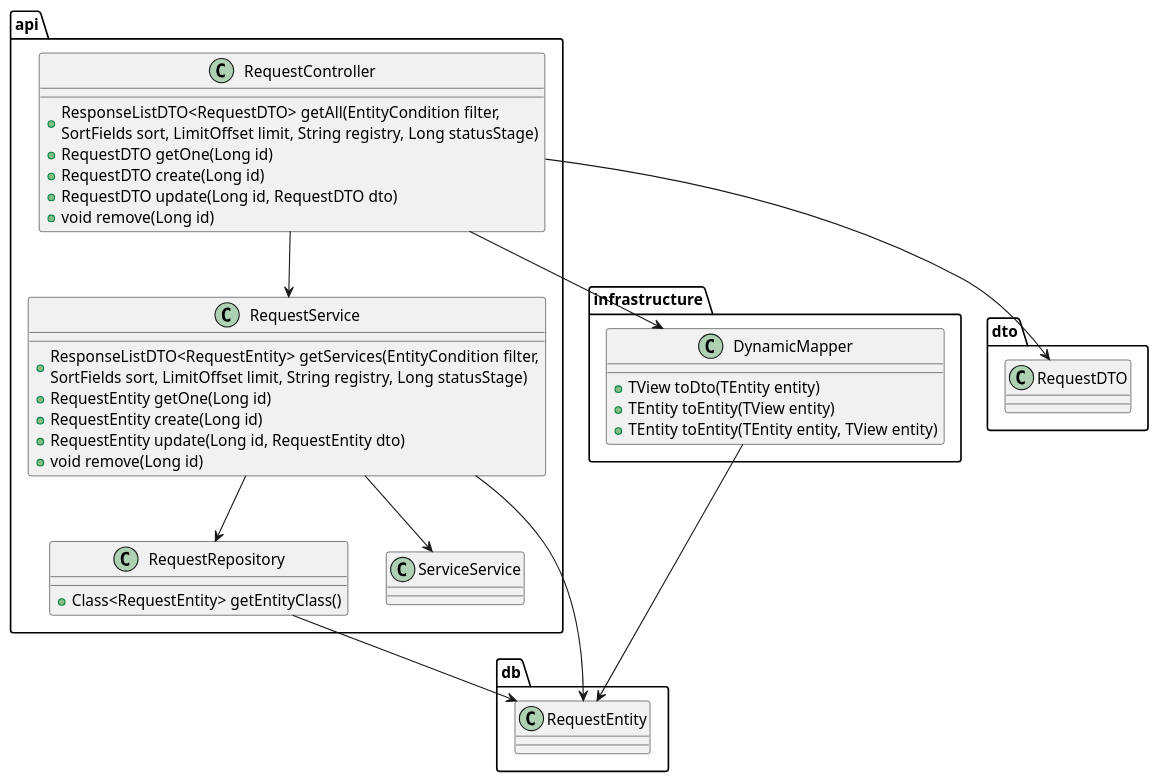
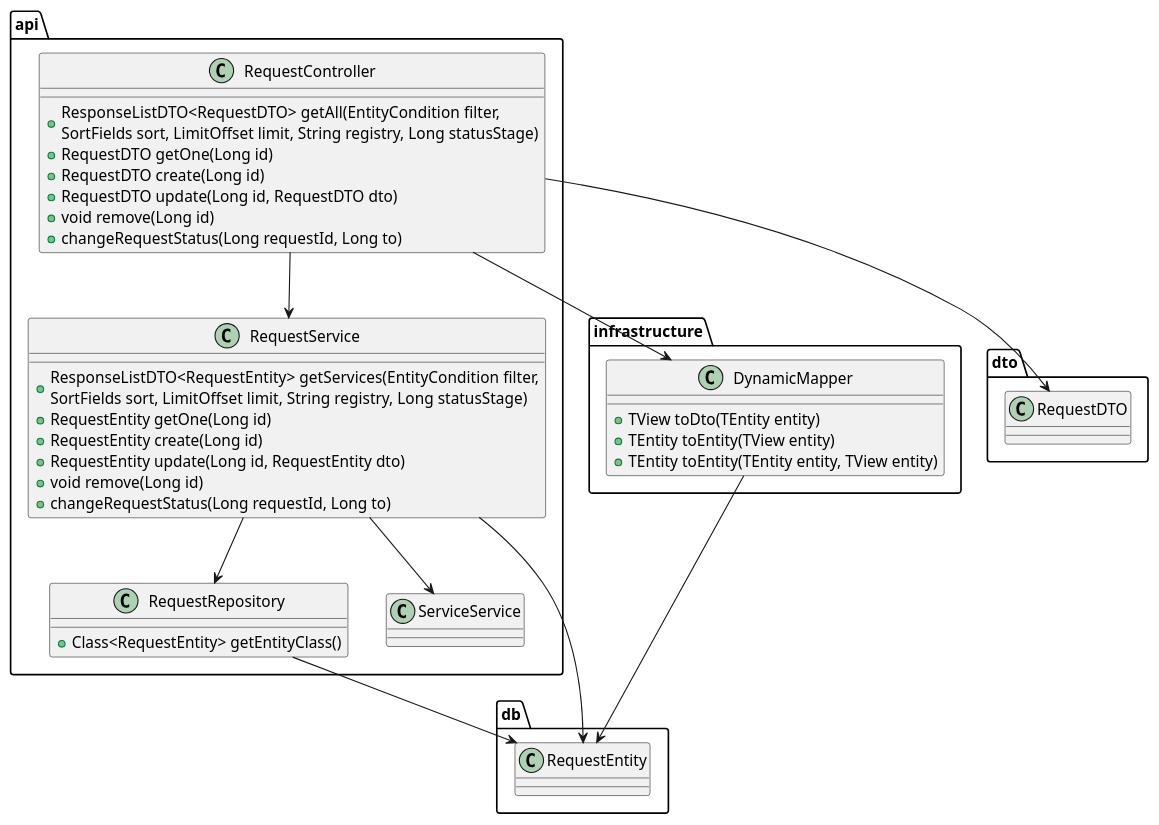
One commit to yespeace13/path-to-end changed the diagram in api-classes/api-classes-services-request.puml. Above: the diagram before and after it, drawn with PlantUML. The commit also changed 2 other files, not shown here.

```diff
--- a/api-classes/api-classes-services-request.puml
+++ b/api-classes/api-classes-services-request.puml
@@ -1,58 +1,60 @@
 @startuml
 package api {
   class RequestController {
     + ResponseListDTO<RequestDTO> getAll(EntityCondition filter,\nSortFields sort, LimitOffset limit, String registry, Long statusStage)
     + RequestDTO getOne(Long id)
     + RequestDTO create(Long id)
     + RequestDTO update(Long id, RequestDTO dto)
     + void remove(Long id)
+    + changeRequestStatus(Long requestId, Long to)
   }
 
   class RequestService {
     + ResponseListDTO<RequestEntity> getServices(EntityCondition filter,\nSortFields sort, LimitOffset limit, String registry, Long statusStage)
     + RequestEntity getOne(Long id)
     + RequestEntity create(Long id)
     + RequestEntity update(Long id, RequestEntity dto)
     + void remove(Long id)
+    + changeRequestStatus(Long requestId, Long to)
   }
 
   class RequestRepository {
     + Class<RequestEntity> getEntityClass()
   }
 
   class ServiceService {
   }
 }
 
 class infrastructure.DynamicMapper {
   + TView toDto(TEntity entity)
   + TEntity toEntity(TView entity)
   + TEntity toEntity(TEntity entity, TView entity)
 }
 package dto {
   class RequestDTO {
 
   }
 }
 
 
 package db {
 
   class RequestEntity {
 
   }
 
 }
 RequestController --> RequestDTO
 RequestController --> RequestService
 RequestController --> DynamicMapper
 
 RequestService --> RequestRepository
 RequestService --> RequestEntity
 RequestService --> ServiceService
 
 RequestRepository --> RequestEntity
 
 DynamicMapper --> RequestEntity
 
 @enduml
```
